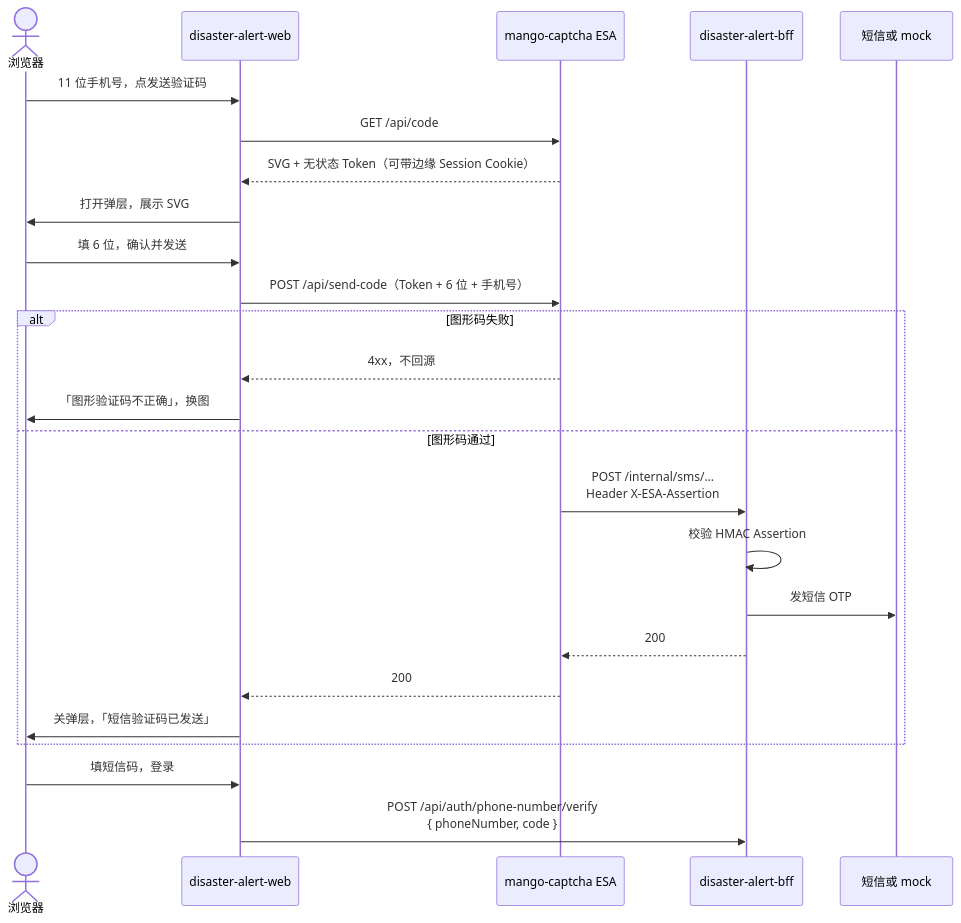
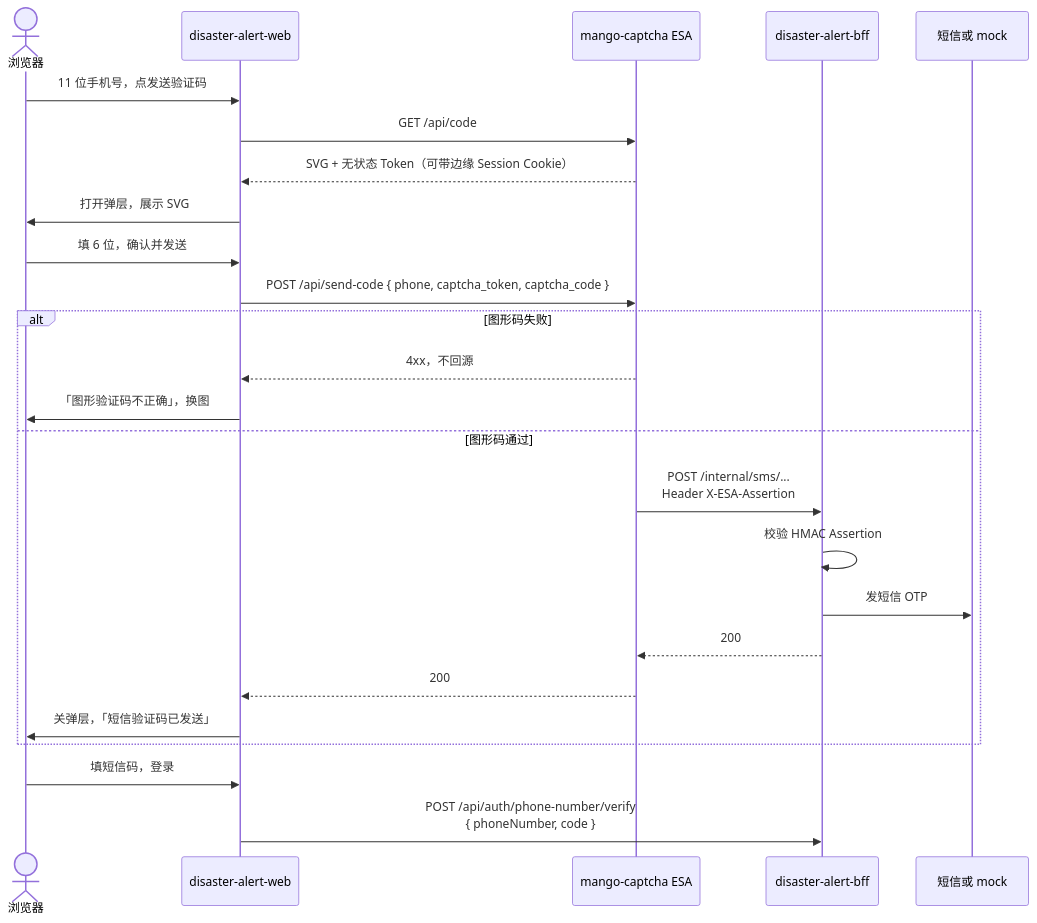
Before and after one commit to luyi2008/disaster-alert-web: the diagram in docs/superpowers/specs/2026-09-08-login-captcha-tech.md, drawn with Mermaid. The commit also changed other lines of this file and 7 other files, not shown here.

First line of the commit message:
fix: send mango-captcha OpenAPI field names.

````diff
--- a/docs/superpowers/specs/2026-09-08-login-captcha-tech.md
+++ b/docs/superpowers/specs/2026-09-08-login-captcha-tech.md
@@ -34,28 +34,28 @@
 ```mermaid
 sequenceDiagram
   actor U as 浏览器
   participant W as disaster-alert-web
   participant E as mango-captcha ESA
   participant B as disaster-alert-bff
   participant S as 短信或 mock
 
   U->>W: 11 位手机号，点发送验证码
   W->>E: GET /api/code
   E-->>W: SVG + 无状态 Token（可带边缘 Session Cookie）
   W->>U: 打开弹层，展示 SVG
   U->>W: 填 6 位，确认并发送
-  W->>E: POST /api/send-code（Token + 6 位 + 手机号）
+  W->>E: POST /api/send-code { phone, captcha_token, captcha_code }
   alt 图形码失败
     E-->>W: 4xx，不回源
     W->>U: 「图形验证码不正确」，换图
   else 图形码通过
     E->>B: POST /internal/sms/...<br/>Header X-ESA-Assertion
     B->>B: 校验 HMAC Assertion
     B->>S: 发短信 OTP
     B-->>E: 200
     E-->>W: 200
     W->>U: 关弹层，「短信验证码已发送」
   end
   U->>W: 填短信码，登录
   W->>B: POST /api/auth/phone-number/verify<br/>{ phoneNumber, code }
 ```
````
